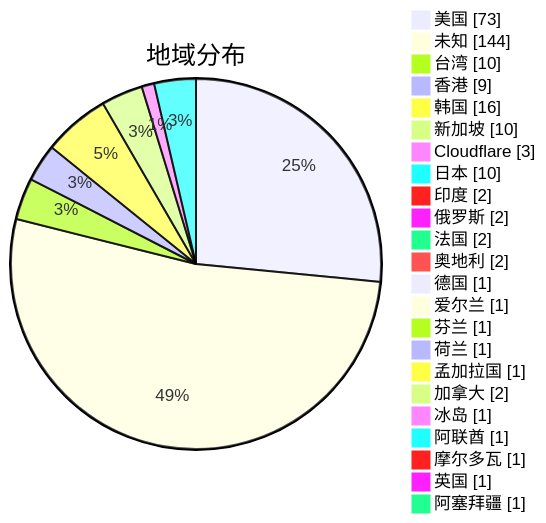
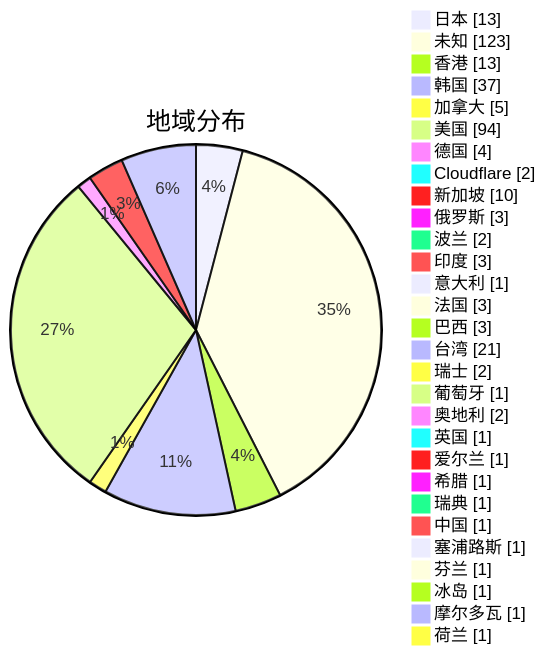
One commit to sinspired/airport changed the second of 3 diagrams in subs/statistics/tested_within.md. Above: the diagram before and after it, drawn with Mermaid. The commit also changed other lines of this file and 2 other files, not shown here.

Commit message:
Committed by metaST

````diff
--- a/subs/statistics/tested_within.md
+++ b/subs/statistics/tested_within.md
@@ -15,27 +15,33 @@
 ```mermaid
 pie showData
 title 地域分布
-"美国" : 73
-"未知" : 144
-"台湾" : 10
-"香港" : 9
-"韩国" : 16
+"日本" : 13
+"未知" : 123
+"香港" : 13
+"韩国" : 37
+"加拿大" : 5
+"美国" : 94
+"德国" : 4
+"Cloudflare" : 2
 "新加坡" : 10
-"Cloudflare" : 3
-"日本" : 10
-"印度" : 2
-"俄罗斯" : 2
-"法国" : 2
+"俄罗斯" : 3
+"波兰" : 2
+"印度" : 3
+"意大利" : 1
+"法国" : 3
+"巴西" : 3
+"台湾" : 21
+"瑞士" : 2
+"葡萄牙" : 1
 "奥地利" : 2
-"德国" : 1
+"英国" : 1
 "爱尔兰" : 1
+"希腊" : 1
+"瑞典" : 1
+"中国" : 1
+"塞浦路斯" : 1
 "芬兰" : 1
+"冰岛" : 1
+"摩尔多瓦" : 1
 "荷兰" : 1
-"孟加拉国" : 1
-"加拿大" : 2
-"冰岛" : 1
-"阿联酋" : 1
-"摩尔多瓦" : 1
-"英国" : 1
-"阿塞拜疆" : 1
 ```
````
